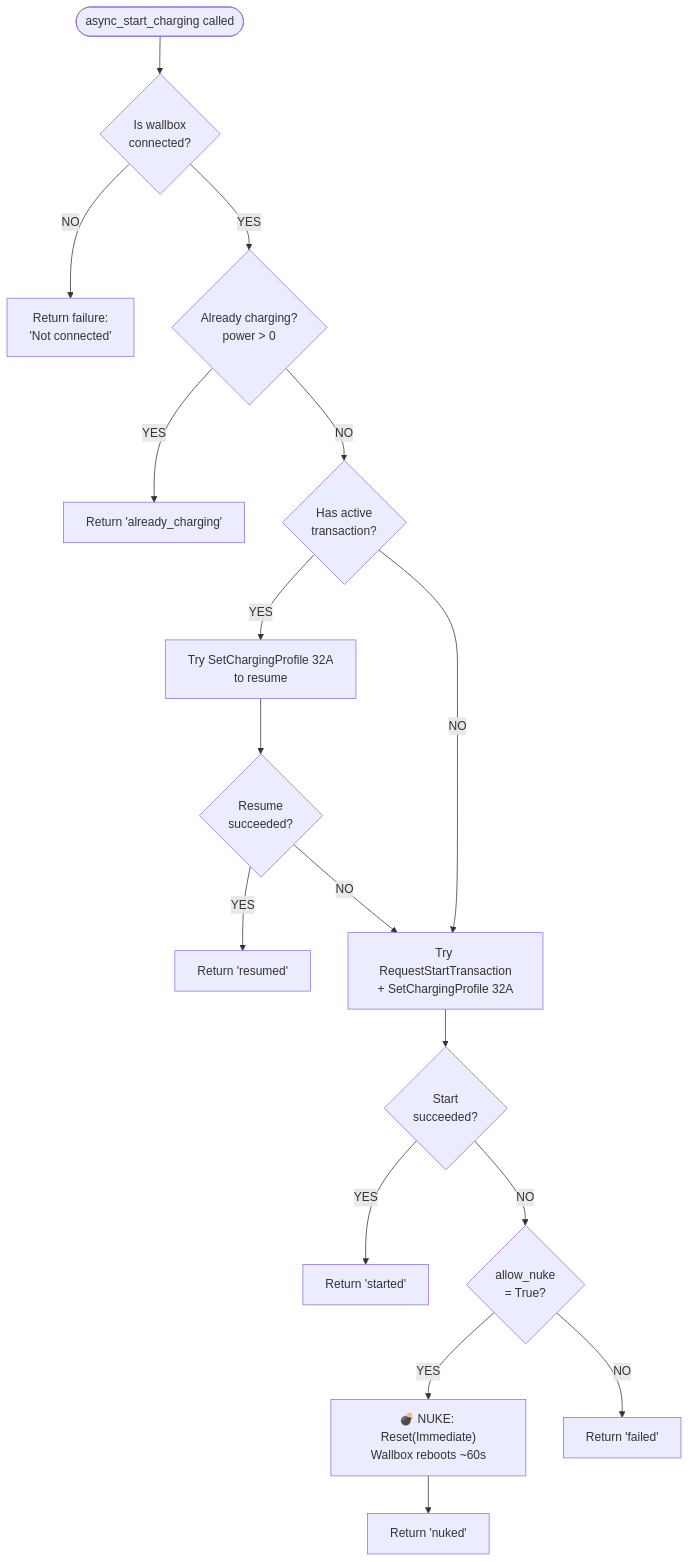
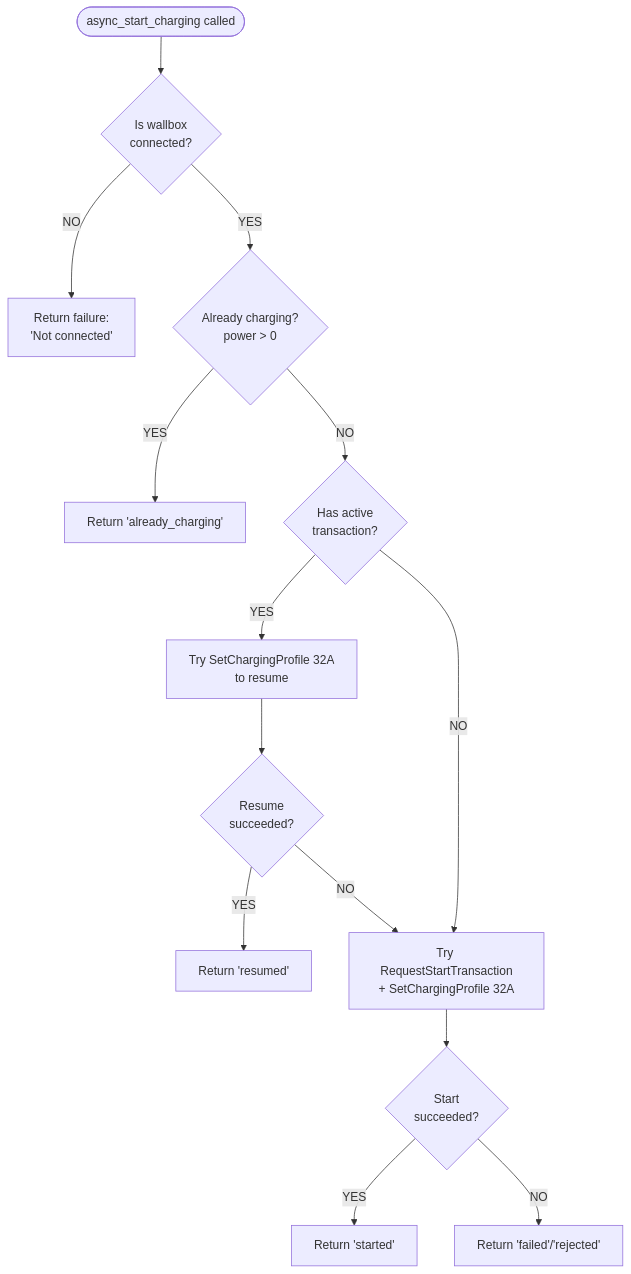
One commit to JoaoPedroBelo/bmw-wallbox-ha changed the first of 2 diagrams in custom_components/bmw_wallbox/docs/COORDINATOR.md. Above: the diagram before and after it, drawn with Mermaid. The commit also changed other lines of this file and 9 other files, not shown here.

````diff
--- a/custom_components/bmw_wallbox/docs/COORDINATOR.md
+++ b/custom_components/bmw_wallbox/docs/COORDINATOR.md
@@ -126,36 +127,30 @@
 ```mermaid
 flowchart TD
     Start([async_start_charging called])
     CheckConn{Is wallbox<br/>connected?}
     FailNotConn[Return failure:<br/>'Not connected']
     CheckPower{Already charging?<br/>power > 0}
     SuccessAlready[Return 'already_charging']
     CheckTx{Has active<br/>transaction?}
     TryResume[Try SetChargingProfile 32A<br/>to resume]
     ResumeOK{Resume<br/>succeeded?}
     SuccessResume[Return 'resumed']
     TryStart[Try RequestStartTransaction<br/>+ SetChargingProfile 32A]
     StartOK{Start<br/>succeeded?}
     SuccessStart[Return 'started']
-    CheckNuke{allow_nuke<br/>= True?}
-    Nuke["💣 NUKE: Reset(Immediate)<br/>Wallbox reboots ~60s"]
-    SuccessNuke[Return 'nuked']
-    FailAll[Return 'failed']
+    FailAll[Return 'failed'/'rejected']
     
     Start --> CheckConn
     CheckConn -->|NO| FailNotConn
     CheckConn -->|YES| CheckPower
     CheckPower -->|YES| SuccessAlready
     CheckPower -->|NO| CheckTx
     CheckTx -->|YES| TryResume
     CheckTx -->|NO| TryStart
     TryResume --> ResumeOK
     ResumeOK -->|YES| SuccessResume
     ResumeOK -->|NO| TryStart
     TryStart --> StartOK
     StartOK -->|YES| SuccessStart
-    StartOK -->|NO| CheckNuke
-    CheckNuke -->|YES| Nuke
-    CheckNuke -->|NO| FailAll
-    Nuke --> SuccessNuke
+    StartOK -->|NO| FailAll
 ```
````
